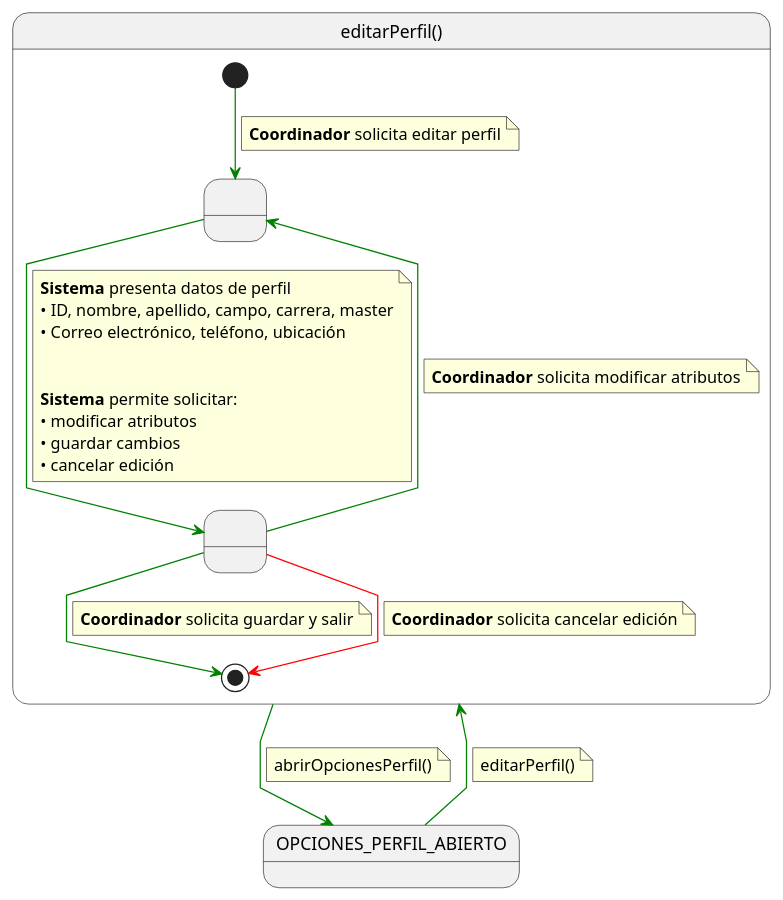
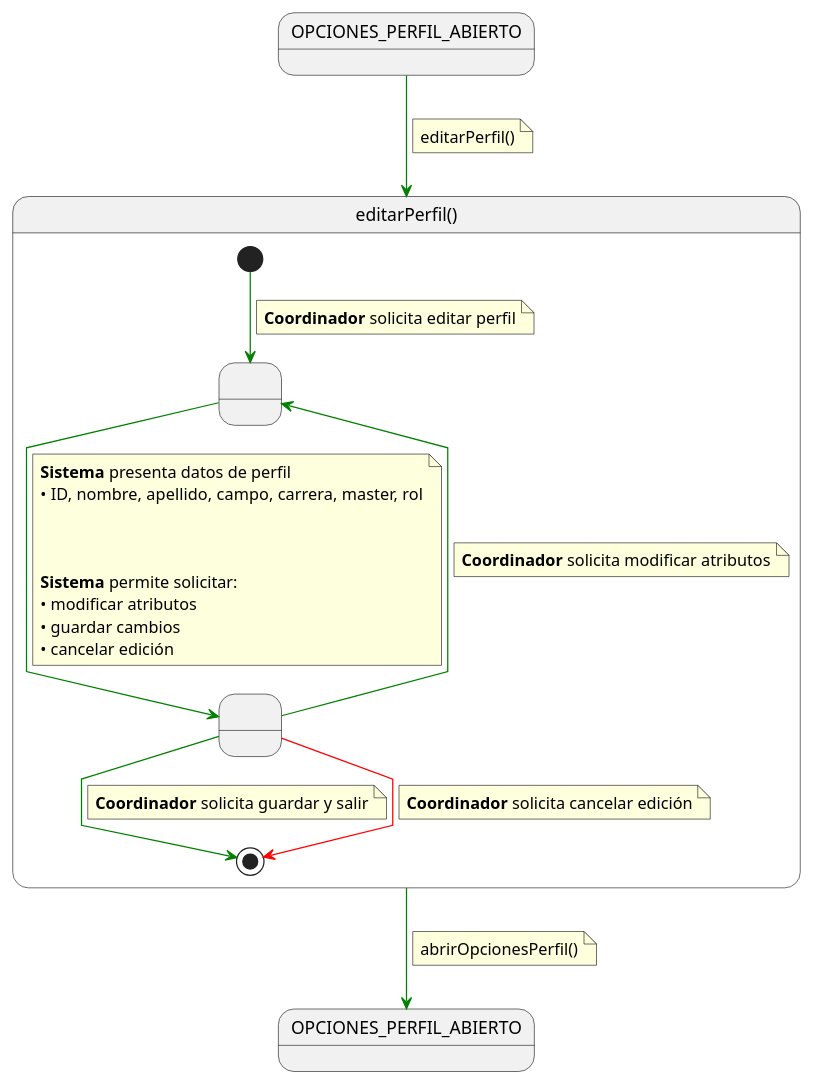
The diagram in documentación/CasosDeUso/Detalle/Coordinador/05-perfil/editarPerfil.puml (31Diego/25-26-IdSw1-SdR), drawn with PlantUML before and after one commit. The commit also changed 19 other files, not shown here.

Commit message:
correccion diagrama contexto

```diff
--- a/documentación/CasosDeUso/Detalle/Coordinador/05-perfil/editarPerfil.puml
+++ b/documentación/CasosDeUso/Detalle/Coordinador/05-perfil/editarPerfil.puml
@@ -1,57 +1,60 @@
 @startuml editarPerfil
 
 skinparam linetype polyline
+
+state in1 as "OPCIONES_PERFIL_ABIERTO"
+in1 -[#green]-> editarPerfil
+note on link
+editarPerfil()
+end note
 
 state editarPerfil as "editarPerfil()" {
 
     state " " as EditandoDatos
     state " " as GuardandoDatos 
 
     [*] -[#green]-> EditandoDatos 
     note on link
     <b>Coordinador</b> solicita editar perfil
     end note    
     
     EditandoDatos -[#green]-> GuardandoDatos
     note on link
     <b>Sistema</b> presenta datos de perfil
-    • ID, nombre, apellido, campo, carrera, master
-    • Correo electrónico, teléfono, ubicación
+    • ID, nombre, apellido, campo, carrera, master, rol
+    
     
     
     <b>Sistema</b> permite solicitar:
     • modificar atributos
     • guardar cambios
     • cancelar edición
     end note
     
     GuardandoDatos -[#green]-> EditandoDatos
     note on link
     <b>Coordinador</b> solicita modificar atributos
     end note
     
     GuardandoDatos -[#green]-> [*]
     note on link
     <b>Coordinador</b> solicita guardar y salir
     end note
 
     GuardandoDatos -[#red]-> [*]
     note on link
     <b>Coordinador</b> solicita cancelar edición
     end note
 
 }
 
-OPCIONES_PERFIL_ABIERTO -[#green]-> editarPerfil
-note on link
-editarPerfil()
-end note
+
 
 editarPerfil -[#green]-> OPCIONES_PERFIL_ABIERTO
 note on link
 abrirOpcionesPerfil()
 end note
 
 
 
 @enduml
```
